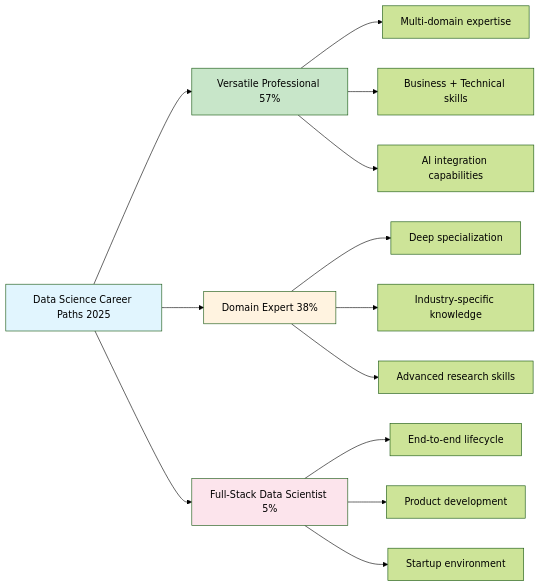
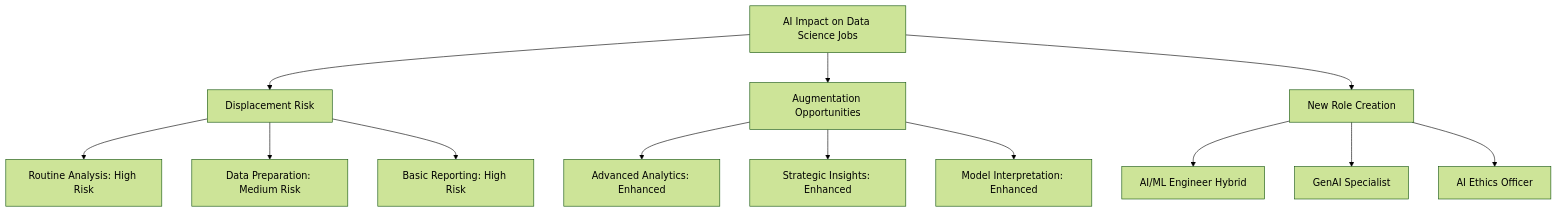
Before and after one commit to gghimire2041/AI-Articles: the fourth of 14 diagrams in Survive-Data-Science-2025.md, drawn with Mermaid (forest theme). The commit also changed other lines of this file, not shown here.

````diff
--- a/Survive-Data-Science-2025.md
+++ b/Survive-Data-Science-2025.md
@@ -262,23 +75,18 @@
 ```mermaid
-graph LR
-    A[Data Science Career Paths 2025] --> B[Versatile Professional 57%]
-    A --> C[Domain Expert 38%]
-    A --> D[Full-Stack Data Scientist 5%]
+graph TD
+    A[AI Impact on Data Science Jobs] --> B[Displacement Risk]
+    A --> C[Augmentation Opportunities]
+    A --> D[New Role Creation]
     
-    B --> E[Multi-domain expertise]
-    B --> F[Business + Technical skills]
-    B --> G[AI integration capabilities]
+    B --> B1[Routine Analysis: High Risk]
+    B --> B2[Data Preparation: Medium Risk]
+    B --> B3[Basic Reporting: High Risk]
     
-    C --> H[Deep specialization]
-    C --> I[Industry-specific knowledge]
-    C --> J[Advanced research skills]
+    C --> C1[Advanced Analytics: Enhanced]
+    C --> C2[Strategic Insights: Enhanced]
+    C --> C3[Model Interpretation: Enhanced]
     
-    D --> K[End-to-end lifecycle]
-    D --> L[Product development]
-    D --> M[Startup environment]
-    
-    style A fill:#e1f5fe
-    style B fill:#c8e6c9
-    style C fill:#fff3e0
-    style D fill:#fce4ec
+    D --> D1[AI/ML Engineer Hybrid]
+    D --> D2[GenAI Specialist]
+    D --> D3[AI Ethics Officer]
 ```
````
